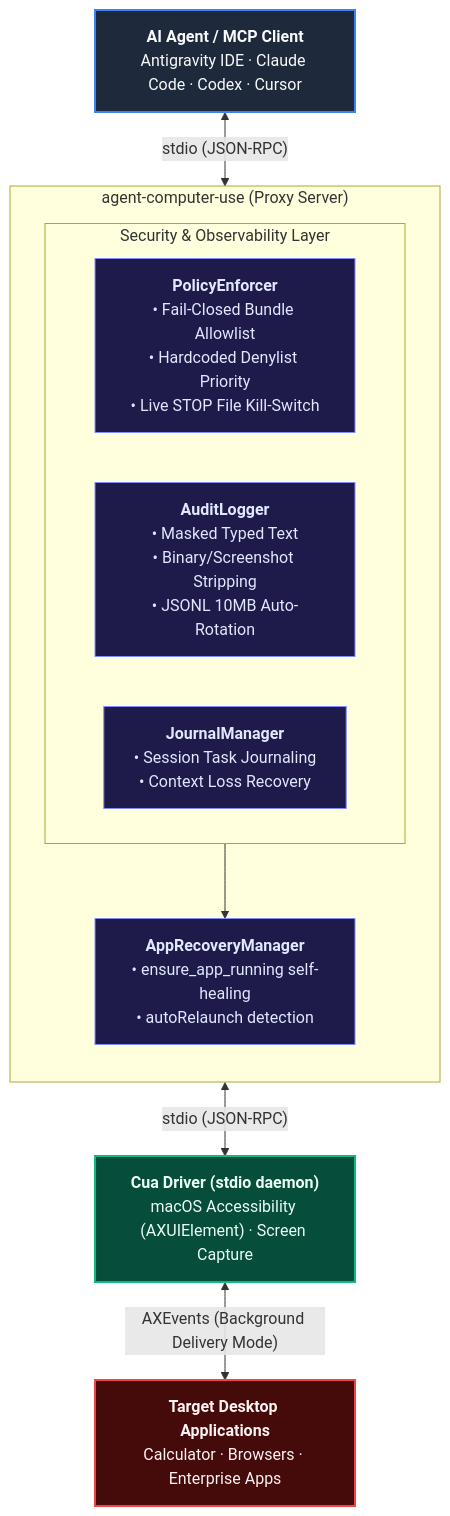
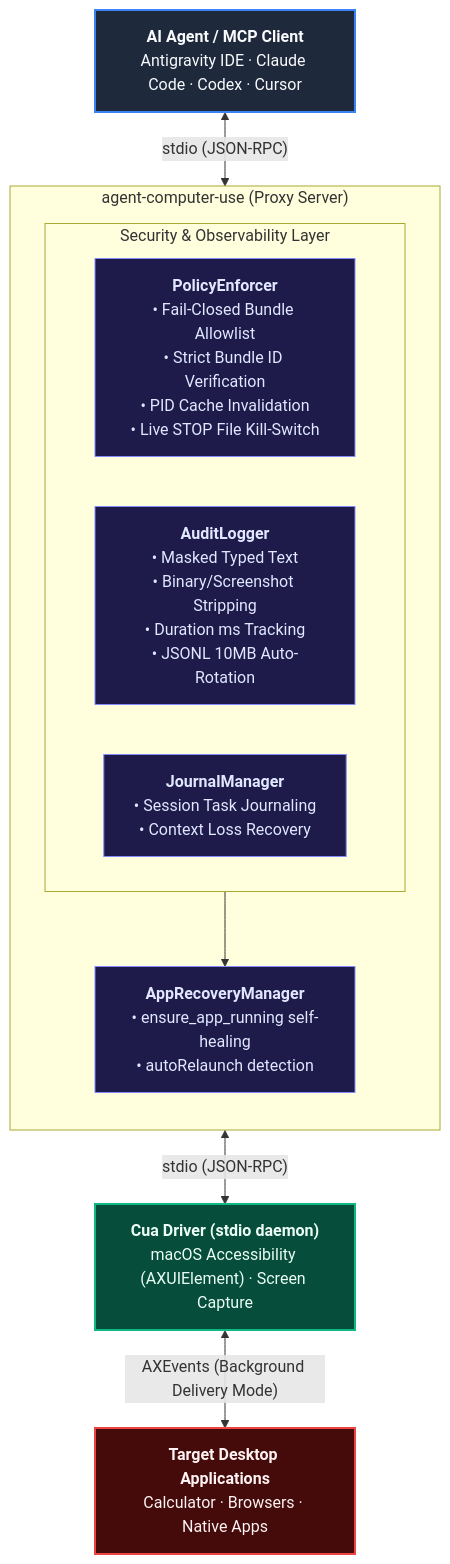
The diagram in README.md (waniyaro/agent-computer-use), drawn with Mermaid before and after one commit. The commit also changed other lines of this file and 18 other files, not shown here.

````diff
--- a/README.md
+++ b/README.md
@@ -29,28 +29,28 @@
 ```mermaid
 graph TD
     classDef client fill:#1e293b,stroke:#3b82f6,stroke-width:2px,color:#f8fafc;
     classDef proxy fill:#0f172a,stroke:#6366f1,stroke-width:2px,color:#f8fafc;
     classDef module fill:#1e1b4b,stroke:#818cf8,stroke-width:1px,color:#e0e7ff;
     classDef driver fill:#064e3b,stroke:#10b981,stroke-width:2px,color:#ecfdf5;
     classDef app fill:#450a0a,stroke:#ef4444,stroke-width:2px,color:#fef2f2;
 
     Client["<b>AI Agent / MCP Client</b><br/>Antigravity IDE · Claude Code · Codex · Cursor"]:::client
 
     subgraph ACU ["agent-computer-use (Proxy Server)"]
         direction TB
         subgraph Safety ["Security & Observability Layer"]
-            Enforcer["<b>PolicyEnforcer</b><br/>• Fail-Closed Bundle Allowlist<br/>• Hardcoded Denylist Priority<br/>• Live STOP File Kill-Switch"]:::module
-            Audit["<b>AuditLogger</b><br/>• Masked Typed Text<br/>• Binary/Screenshot Stripping<br/>• JSONL 10MB Auto-Rotation"]:::module
+            Enforcer["<b>PolicyEnforcer</b><br/>• Fail-Closed Bundle Allowlist<br/>• Strict Bundle ID Verification<br/>• PID Cache Invalidation<br/>• Live STOP File Kill-Switch"]:::module
+            Audit["<b>AuditLogger</b><br/>• Masked Typed Text<br/>• Binary/Screenshot Stripping<br/>• Duration ms Tracking<br/>• JSONL 10MB Auto-Rotation"]:::module
             Journal["<b>JournalManager</b><br/>• Session Task Journaling<br/>• Context Loss Recovery"]:::module
         end
         Recovery["<b>AppRecoveryManager</b><br/>• ensure_app_running self-healing<br/>• autoRelaunch detection"]:::module
     end
 
     Driver["<b>Cua Driver (stdio daemon)</b><br/>macOS Accessibility (AXUIElement) · Screen Capture"]:::driver
-    Apps["<b>Target Desktop Applications</b><br/>Calculator · Browsers · Enterprise Apps"]:::app
+    Apps["<b>Target Desktop Applications</b><br/>Calculator · Browsers · Native Apps"]:::app
 
     Client <-->|"stdio (JSON-RPC)"| ACU
     Safety --> Recovery
     ACU <-->|"stdio (JSON-RPC)"| Driver
     Driver <-->|"AXEvents (Background Delivery Mode)"| Apps
 ```
````
